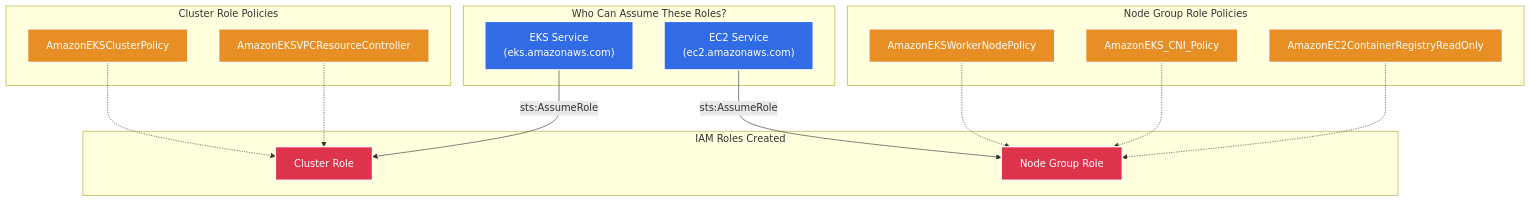
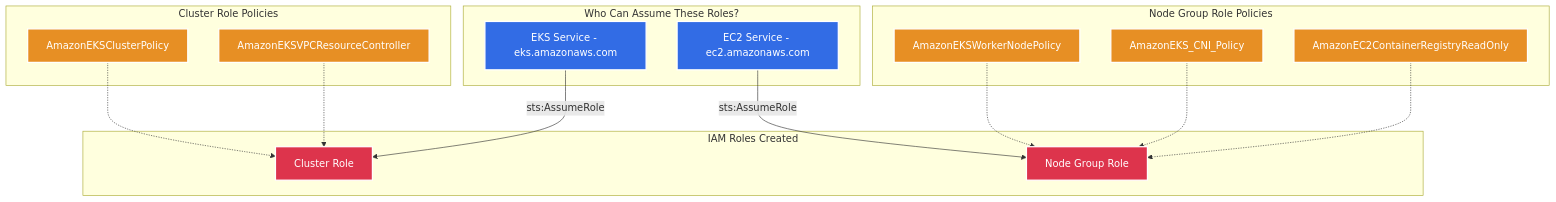
The first of 2 diagrams in modules/iam/README.md (selvakumarperumal/EKS_k8s_custom_template_with_Terraform), drawn with Mermaid before and after one commit. The commit also changed other lines of this file and 5 other files, not shown here.

Commit message:
docs: rewrite all module READMEs with fixed Mermaid diagrams and Terraform code snippets

````diff
--- a/modules/iam/README.md
+++ b/modules/iam/README.md
@@ -9,40 +9,40 @@
 ```mermaid
 graph TD
-    classDef role fill:#DD344C,stroke:#fff,stroke-width:2px,color:#fff
-    classDef policy fill:#E78F24,stroke:#fff,stroke-width:2px,color:#fff
-    classDef service fill:#326CE5,stroke:#fff,stroke-width:2px,color:#fff
+    classDef roleStyle fill:#DD344C,stroke:#fff,stroke-width:2px,color:#fff
+    classDef policyStyle fill:#E78F24,stroke:#fff,stroke-width:2px,color:#fff
+    classDef serviceStyle fill:#326CE5,stroke:#fff,stroke-width:2px,color:#fff
 
     subgraph Trust_Relationships ["Who Can Assume These Roles?"]
-        EKS["EKS Service<br/>(eks.amazonaws.com)"]
-        EC2["EC2 Service<br/>(ec2.amazonaws.com)"]
+        EKS["EKS Service - eks.amazonaws.com"]
+        EC2["EC2 Service - ec2.amazonaws.com"]
     end
 
     subgraph IAM_Roles ["IAM Roles Created"]
         ClusterRole["Cluster Role"]
         NodeRole["Node Group Role"]
     end
 
     subgraph Cluster_Policies ["Cluster Role Policies"]
         P1["AmazonEKSClusterPolicy"]
         P2["AmazonEKSVPCResourceController"]
     end
 
     subgraph Node_Policies ["Node Group Role Policies"]
         P3["AmazonEKSWorkerNodePolicy"]
         P4["AmazonEKS_CNI_Policy"]
         P5["AmazonEC2ContainerRegistryReadOnly"]
     end
 
     EKS -- "sts:AssumeRole" --> ClusterRole
     EC2 -- "sts:AssumeRole" --> NodeRole
 
     P1 -.-> ClusterRole
     P2 -.-> ClusterRole
     P3 -.-> NodeRole
     P4 -.-> NodeRole
     P5 -.-> NodeRole
 
-    class ClusterRole,NodeRole role
-    class P1,P2,P3,P4,P5 policy
-    class EKS,EC2 service
+    class ClusterRole,NodeRole roleStyle
+    class P1,P2,P3,P4,P5 policyStyle
+    class EKS,EC2 serviceStyle
 ```
````
